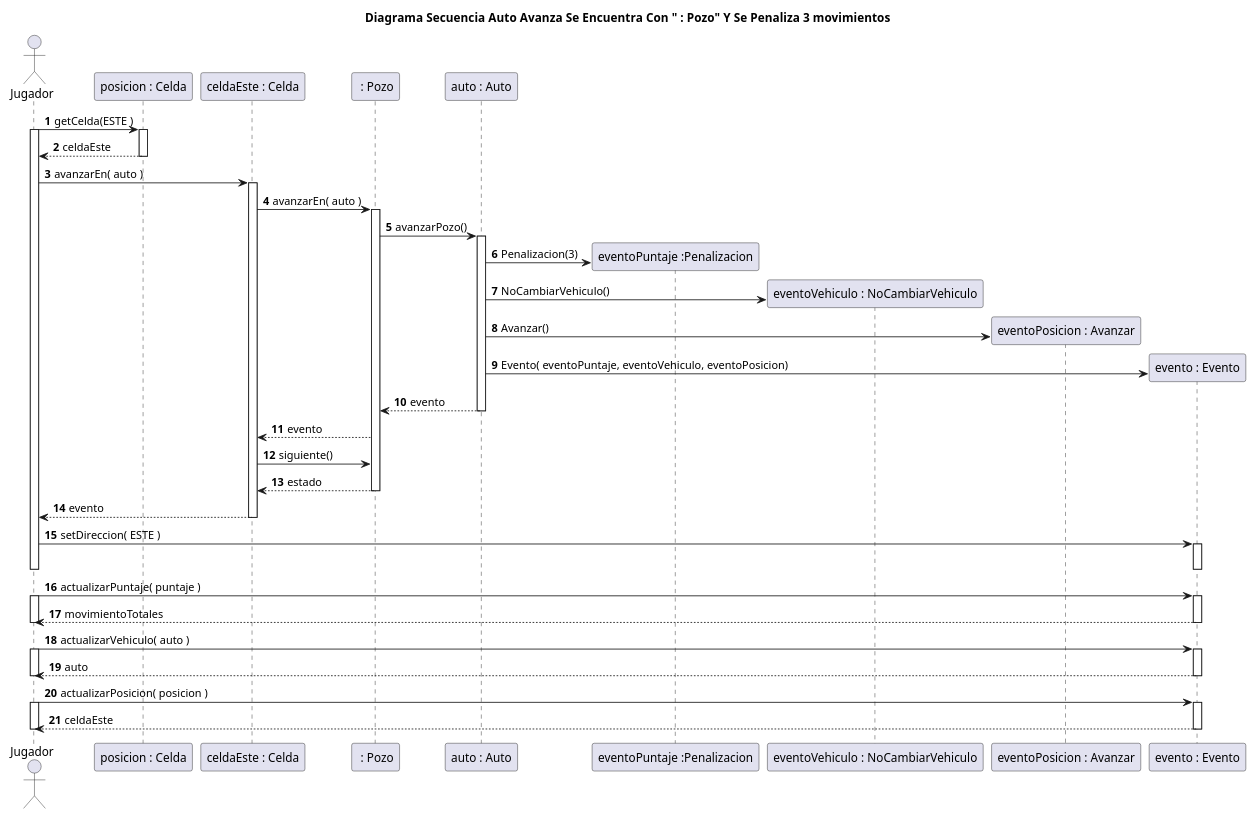
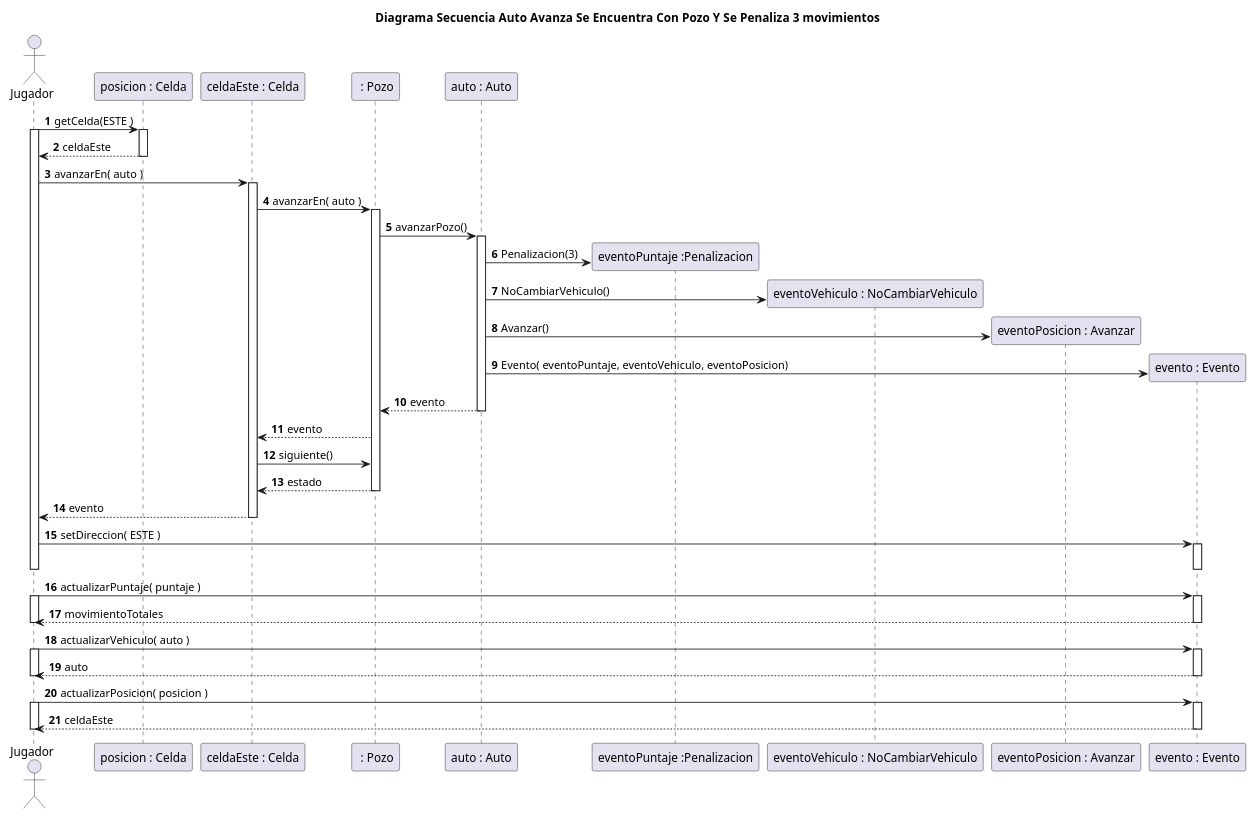
One commit to rodrigovzq/algo3_tp2 changed the diagram in diagrams/sequences/entrega1/actualizados/DiagramaSecuenciaCasoConPozoEnAuto.puml. Above: the diagram before and after it, drawn with PlantUML. The commit also changed 6 other files, not shown here.

```diff
--- a/diagrams/sequences/entrega1/actualizados/DiagramaSecuenciaCasoConPozoEnAuto.puml
+++ b/diagrams/sequences/entrega1/actualizados/DiagramaSecuenciaCasoConPozoEnAuto.puml
@@ -1,62 +1,62 @@
 @startuml
-title Diagrama Secuencia Auto Avanza Se Encuentra Con " : Pozo"  Y Se Penaliza 3 movimientos
+title Diagrama Secuencia Auto Avanza Se Encuentra Con Pozo  Y Se Penaliza 3 movimientos
 
 autonumber
 
 actor Jugador
 
 Jugador -> "posicion : Celda"++: getCelda(ESTE )
 activate Jugador
 "posicion : Celda" --> Jugador: celdaEste
 deactivate "posicion : Celda"
  Jugador -> "celdaEste : Celda"++: avanzarEn( auto )
 
 
 
 "celdaEste : Celda" -> " : Pozo"++: avanzarEn( auto )
 " : Pozo" -> "auto : Auto"++: avanzarPozo()
 
 create "eventoPuntaje :Penalizacion"
 "auto : Auto"-> "eventoPuntaje :Penalizacion": Penalizacion(3)
 
 create "eventoVehiculo : NoCambiarVehiculo"
 "auto : Auto"-> "eventoVehiculo : NoCambiarVehiculo": NoCambiarVehiculo()
 
 create "eventoPosicion : Avanzar"
 "auto : Auto"-> "eventoPosicion : Avanzar": Avanzar()
 
 create "evento : Evento"
 "auto : Auto"  -> "evento : Evento": Evento( eventoPuntaje, eventoVehiculo, eventoPosicion)
 
 
 "auto : Auto" --> " : Pozo": evento
 deactivate "auto : Auto"
 
 " : Pozo" --> "celdaEste : Celda": evento
 "celdaEste : Celda" -> " : Pozo": siguiente()
 " : Pozo" --> "celdaEste : Celda": estado
 deactivate " : Pozo"
 
 "celdaEste : Celda" --> Jugador: evento
 deactivate "celdaEste : Celda"
 
 Jugador -> "evento : Evento"++: setDireccion( ESTE )
 deactivate "evento : Evento"
 deactivate Jugador
 
 Jugador -> "evento : Evento"++: actualizarPuntaje( puntaje )
 activate Jugador
 Jugador <-- "evento : Evento"--: movimientoTotales
 deactivate Jugador
 
 Jugador -> "evento : Evento"++: actualizarVehiculo( auto )
 activate Jugador
 Jugador <-- "evento : Evento"--: auto
 deactivate Jugador
 
 Jugador -> "evento : Evento"++: actualizarPosicion( posicion )
 activate Jugador
 Jugador <-- "evento : Evento"--: celdaEste
 deactivate Jugador
 
 @enduml
```
